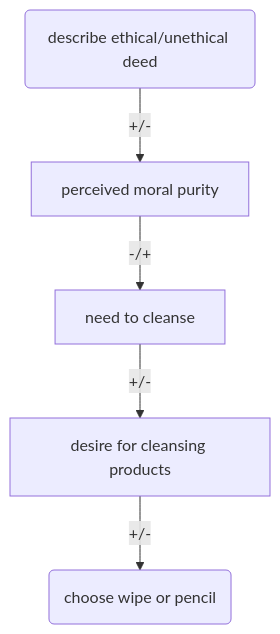
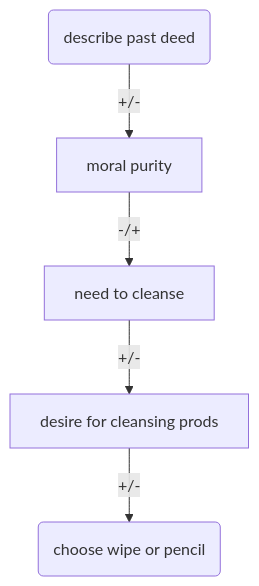
The fourth of 4 diagrams in src/notes/wk04-2024-09-18-replication-lady-macbeth.qmd (psu-psychology/psych-490-reproducibility-2024-fall), drawn with Mermaid before and after one commit. The commit also changed other lines of this file and 6 other files, not shown here.

````diff
--- a/src/notes/wk04-2024-09-18-replication-lady-macbeth.qmd
+++ b/src/notes/wk04-2024-09-18-replication-lady-macbeth.qmd
@@ -268,9 +268,9 @@
 ```{mermaid}
 %%| label: fig-zhong-2006-study-3
 %%| fig-cap: "Concept diagram of @Zhong2006-nf Study 3"
 flowchart TD
-  A(describe ethical/unethical deed) -->|+/-| B[perceived moral purity]
+  A(describe past deed) -->|+/-| B[moral purity]
   B -->|-/+| E[need to cleanse]
-  E -->|+/-| C[desire for cleansing products]
+  E -->|+/-| C[desire for cleansing prods]
   C -->|+/-| D(choose wipe or pencil)
 ```
````
